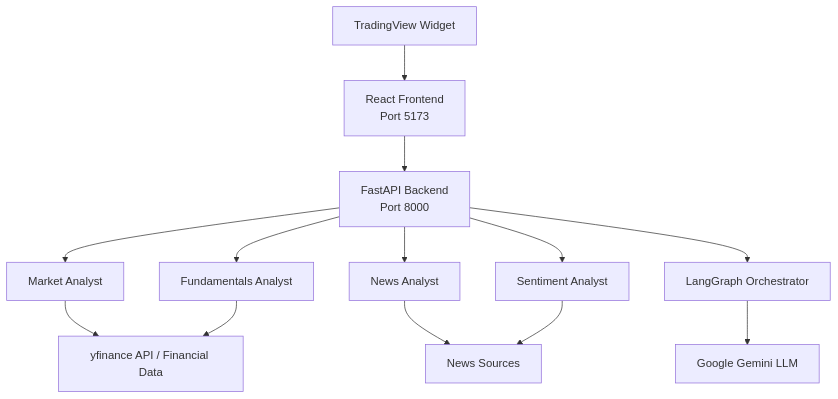
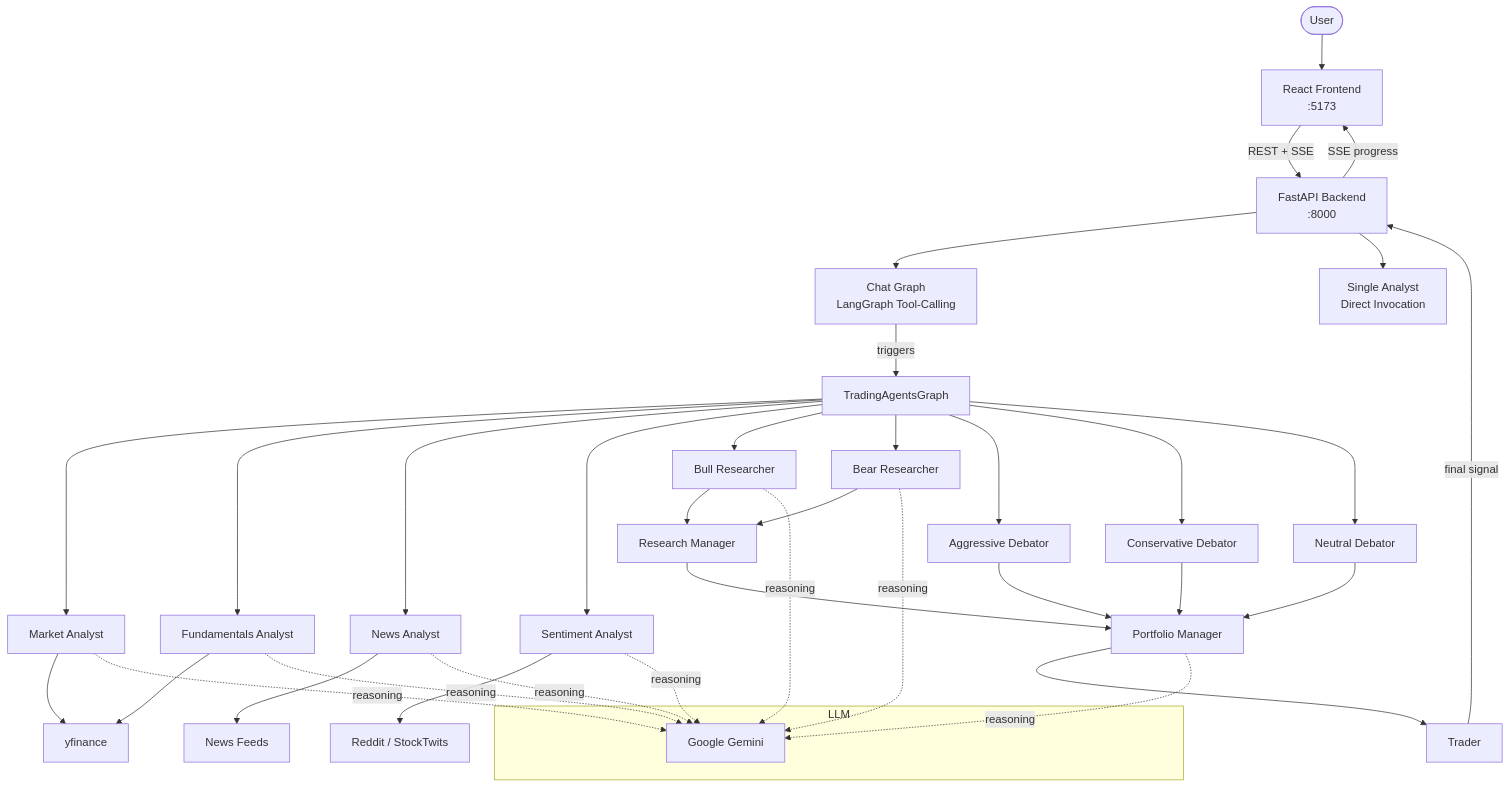
The diagram in README.md (yashpinjarkar10/Trading-Agent), drawn with Mermaid before and after one commit. The commit also changed other lines of this file, not shown here.

````diff
--- a/README.md
+++ b/README.md
@@ -69,17 +209,50 @@
 ```mermaid
 graph TB
-    A[React Frontend<br/>Port 5173] --> B[FastAPI Backend<br/>Port 8000]
-    B --> C[Market Analyst]
-    B --> D[Fundamentals Analyst]
-    B --> E[News Analyst]
-    B --> F[Sentiment Analyst]
-    B --> K[LangGraph Orchestrator]
-    
-    C --> G[yfinance API / Financial Data]
-    D --> G
-    E --> H[News Sources]
-    F --> H
-    K --> I[Google Gemini LLM]
-    
-    J[TradingView Widget] --> A
+    User([User]) --> FE[React Frontend<br/>:5173]
+    FE -->|REST + SSE| API[FastAPI Backend<br/>:8000]
+
+    API --> CG[Chat Graph<br/>LangGraph Tool-Calling]
+    API --> SA[Single Analyst<br/>Direct Invocation]
+
+    CG -->|triggers| TAG[TradingAgentsGraph]
+
+    TAG --> MA[Market Analyst]
+    TAG --> FA[Fundamentals Analyst]
+    TAG --> NA[News Analyst]
+    TAG --> SN[Sentiment Analyst]
+
+    MA --> YF[yfinance]
+    FA --> YF
+    NA --> NF[News Feeds]
+    SN --> RD[Reddit / StockTwits]
+
+    TAG --> BR[Bull Researcher]
+    TAG --> BE[Bear Researcher]
+    BR --> RM[Research Manager]
+    BE --> RM
+
+    TAG --> AD[Aggressive Debator]
+    TAG --> CD[Conservative Debator]
+    TAG --> ND[Neutral Debator]
+
+    RM --> PM[Portfolio Manager]
+    AD --> PM
+    CD --> PM
+    ND --> PM
+    PM --> TR[Trader]
+
+    TR -->|final signal| API
+    API -->|SSE progress| FE
+
+    subgraph LLM
+        Gemini[Google Gemini]
+    end
+
+    MA -.->|reasoning| Gemini
+    FA -.->|reasoning| Gemini
+    NA -.->|reasoning| Gemini
+    SN -.->|reasoning| Gemini
+    BR -.->|reasoning| Gemini
+    BE -.->|reasoning| Gemini
+    PM -.->|reasoning| Gemini
 ```
````
